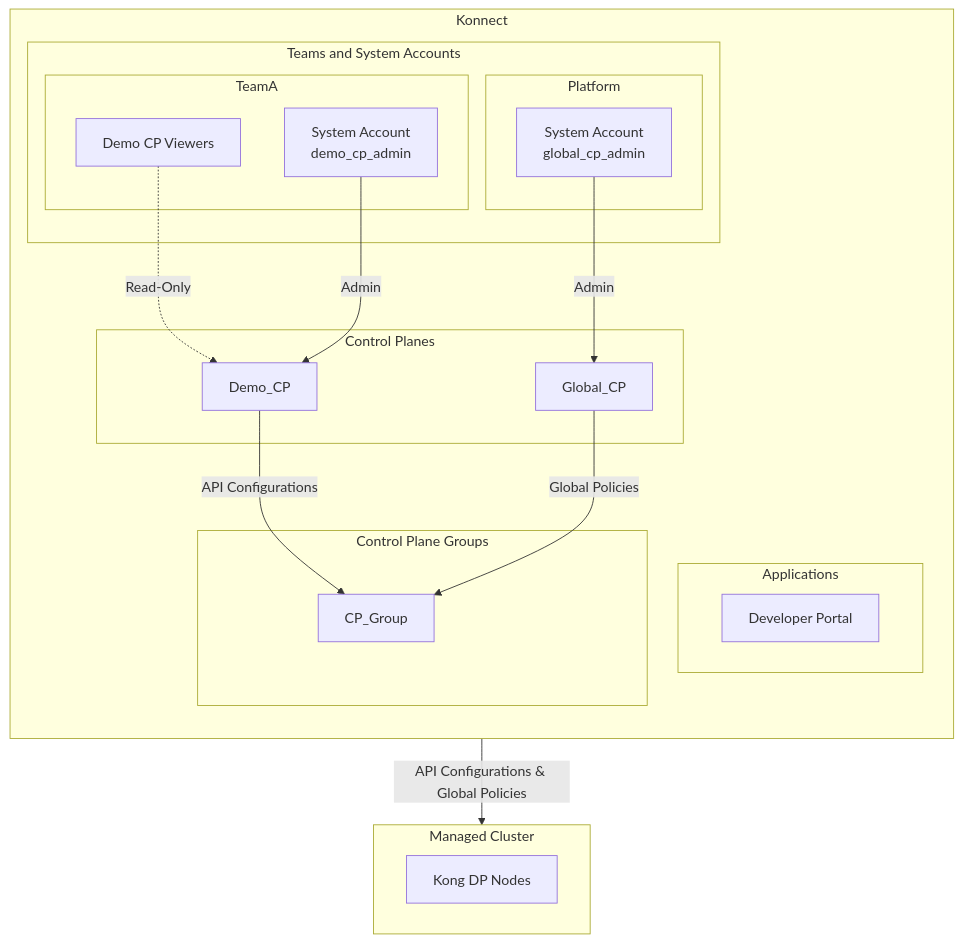
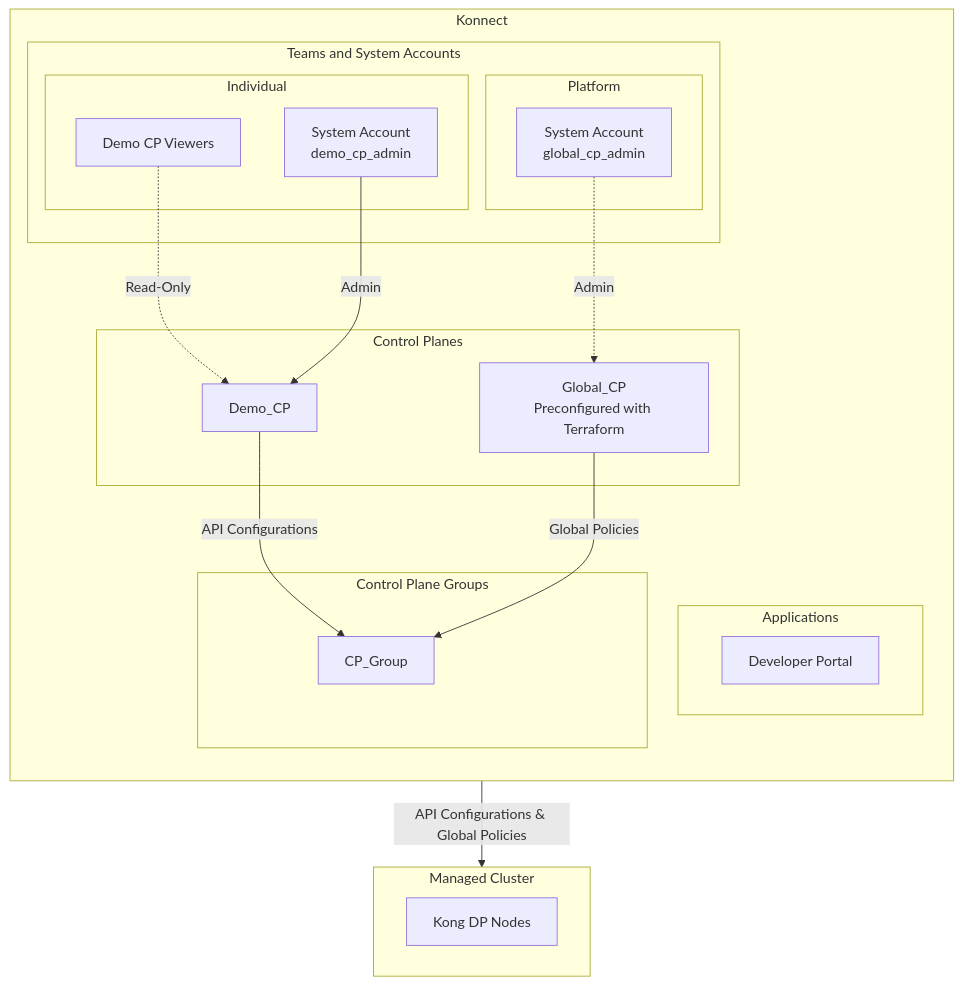
One commit to pantsel/konnect-platform-ops-demo changed the third of 8 diagrams in README.md. Above: the diagram before and after it, drawn with Mermaid.

````diff
--- a/README.md
+++ b/README.md
@@ -162,44 +162,44 @@
 ```mermaid
 graph TD;
   subgraph Konnect
         direction TB; 
         subgraph Applications
             J[Developer Portal]
         end
 
         subgraph Teams and System Accounts
-            subgraph TeamA
+            subgraph Individual
                 A[Demo CP Viewers]
                 B[System Account<br>demo_cp_admin]
             end
             subgraph Platform
                 C[System Account<br>global_cp_admin]
             end
         end
 
         subgraph Control Planes
             D[Demo_CP]
-            E[Global_CP]
+            E[Global_CP<br>Preconfigured with Terraform]
         end
 
         subgraph Control Plane Groups
             F[CP_Group]
         end
     end
 
     subgraph Managed Cluster
       direction RL
         P[Kong DP Nodes]
     end
     
   
     A -.-> |Read-Only| D
     B --> |Admin| D
 
-    C --> |Admin| E
+    C -.-> |Admin| E
 
     D --> |API Configurations| F 
     E --> |Global Policies| F
 
     F --> |API Configurations & Global Policies| P
 ```
````
